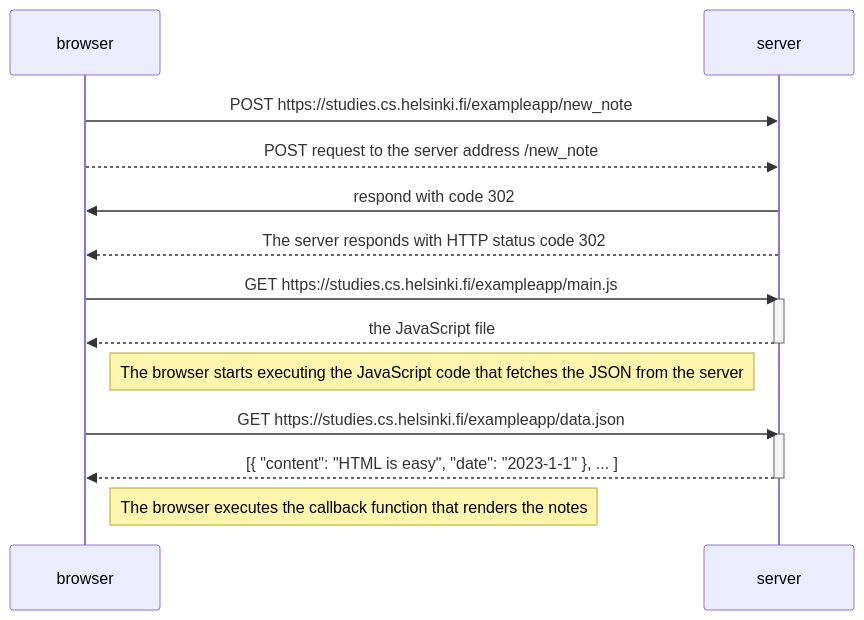
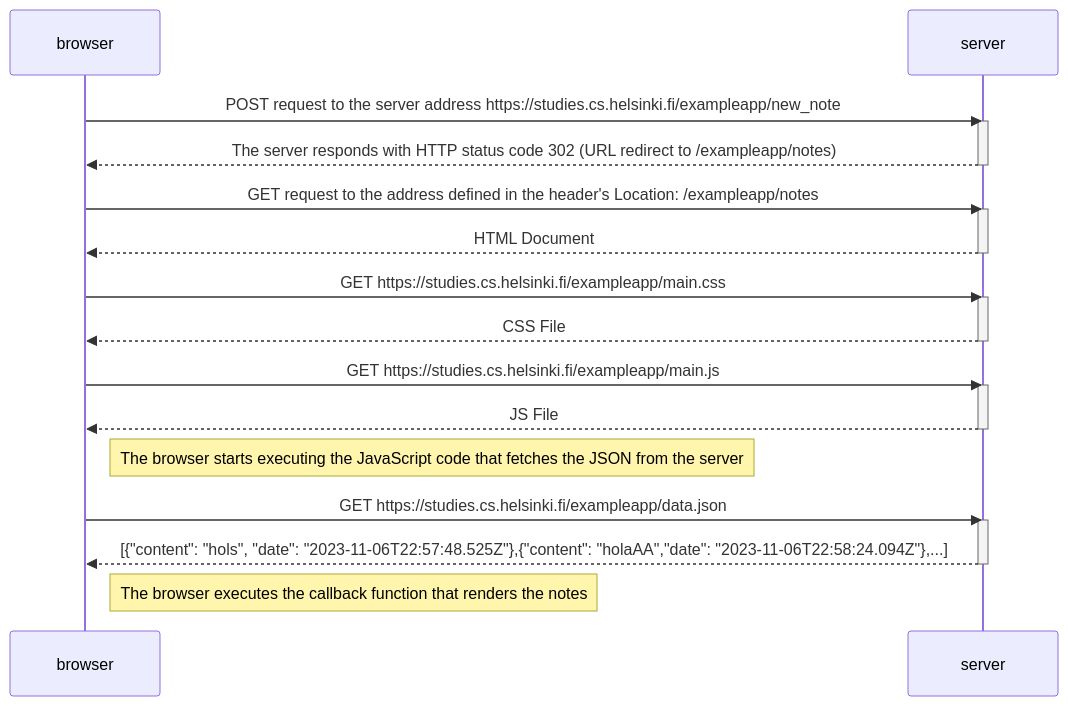
One commit to Rizz071/Fullstackopen changed the diagram in part0/0.4 New note diagram.md. Above: the diagram before and after it, drawn with Mermaid.

Commit message:
Update 0.4 New note diagram.md

````diff
--- a/part0/0.4 New note diagram.md
+++ b/part0/0.4 New note diagram.md
@@ -1,26 +1,33 @@
 ```mermaid
 sequenceDiagram
     participant browser
     participant server
 
-    browser->>server: POST https://studies.cs.helsinki.fi/exampleapp/new_note
-    browser-->>server: POST request to the server address /new_note
+    browser->>server: POST request to the server address https://studies.cs.helsinki.fi/exampleapp/new_note
+    activate server
+    server-->>browser: The server responds with HTTP status code 302 (URL redirect to /exampleapp/notes)
+    deactivate server
 
-    server->>browser: respond with code 302
-    server-->>browser: The server responds with HTTP status code 302
-   
+    browser->>server: GET request to the address defined in the header's Location: /exampleapp/notes
+    activate server
+    server-->>browser: HTML Document
+    deactivate server
+
+    browser->>server: GET https://studies.cs.helsinki.fi/exampleapp/main.css
+    activate server
+    server-->>browser: CSS File
+    deactivate server
 
     browser->>server: GET https://studies.cs.helsinki.fi/exampleapp/main.js
     activate server
-    server-->>browser: the JavaScript file
+    server-->>browser: JS File
     deactivate server
 
+
     Note right of browser: The browser starts executing the JavaScript code that fetches the JSON from the server
-
     browser->>server: GET https://studies.cs.helsinki.fi/exampleapp/data.json
     activate server
-    server-->>browser: [{ "content": "HTML is easy", "date": "2023-1-1" }, ... ]
+    server-->>browser: [{"content": "hols", "date": "2023-11-06T22:57:48.525Z"},{"content": "holaAA","date": "2023-11-06T22:58:24.094Z"},...]
     deactivate server
-
     Note right of browser: The browser executes the callback function that renders the notes
 ```
````
